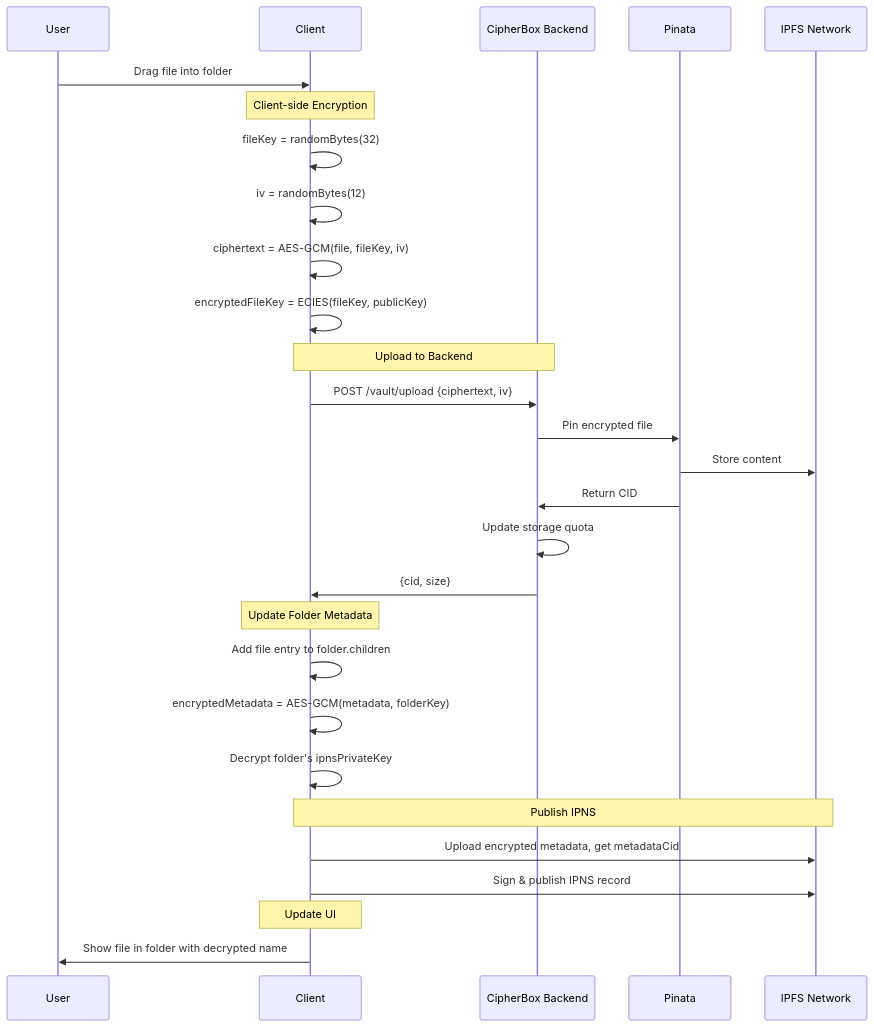
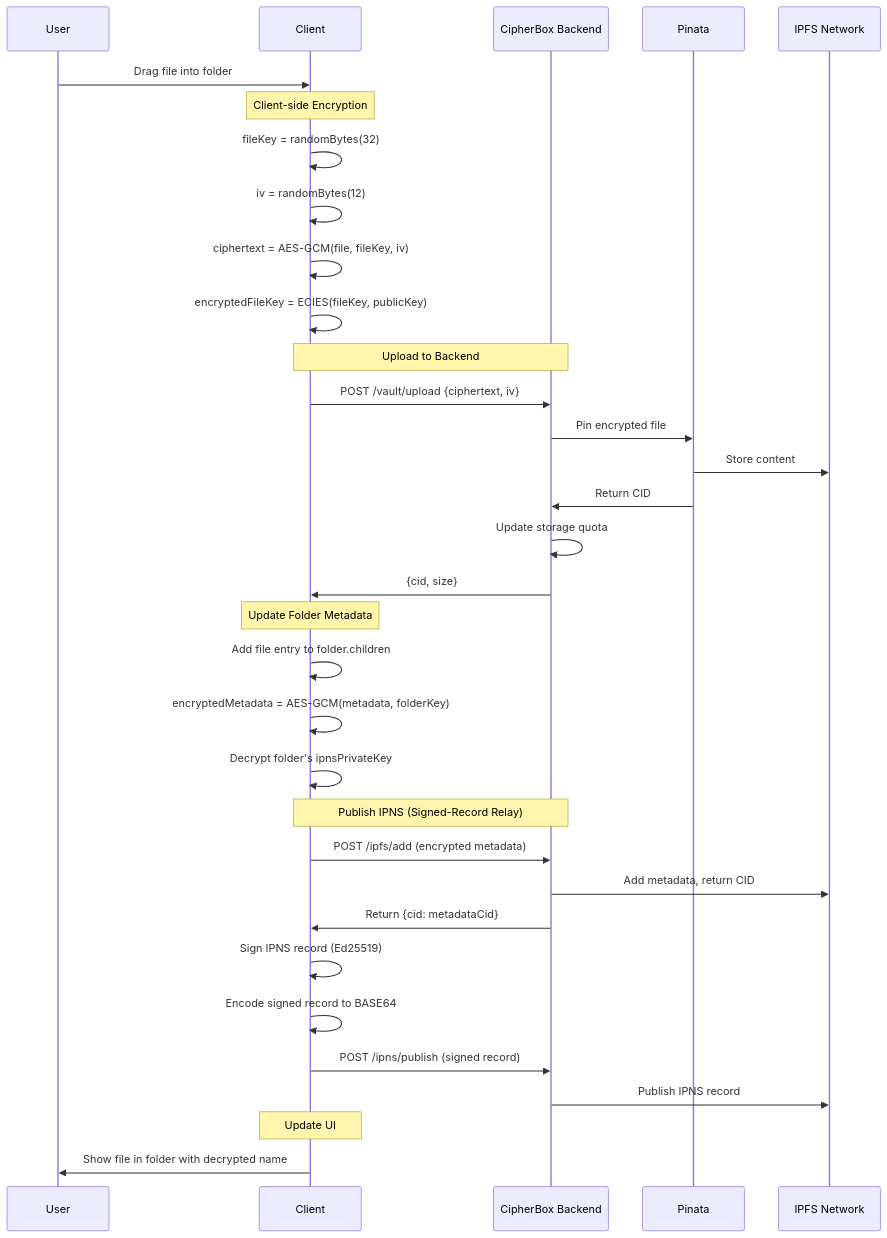
One commit to FSM1/cipher-box changed the fourth of 14 diagrams in Documentation/DATA_FLOWS.md. Above: the diagram before and after it, drawn with Mermaid. The commit also changed other lines of this file and 8 other files, not shown here.

First line of the commit message:
Add IPFS/IPNS relay endpoint details (#4)

````diff
--- a/Documentation/DATA_FLOWS.md
+++ b/Documentation/DATA_FLOWS.md
@@ -137,36 +137,41 @@
 ```mermaid
 sequenceDiagram
     participant U as User
     participant C as Client
     participant B as CipherBox Backend
     participant P as Pinata
     participant IPFS as IPFS Network
     
     U->>C: Drag file into folder
     
     Note over C: Client-side Encryption
     C->>C: fileKey = randomBytes(32)
     C->>C: iv = randomBytes(12)
     C->>C: ciphertext = AES-GCM(file, fileKey, iv)
     C->>C: encryptedFileKey = ECIES(fileKey, publicKey)
     
     Note over C,B: Upload to Backend
     C->>B: POST /vault/upload {ciphertext, iv}
     B->>P: Pin encrypted file
     P->>IPFS: Store content
     P->>B: Return CID
     B->>B: Update storage quota
     B->>C: {cid, size}
     
     Note over C: Update Folder Metadata
     C->>C: Add file entry to folder.children
     C->>C: encryptedMetadata = AES-GCM(metadata, folderKey)
     C->>C: Decrypt folder's ipnsPrivateKey
     
-    Note over C,IPFS: Publish IPNS
-    C->>IPFS: Upload encrypted metadata, get metadataCid
-    C->>IPFS: Sign & publish IPNS record
+    Note over C,B: Publish IPNS (Signed-Record Relay)
+    C->>B: POST /ipfs/add (encrypted metadata)
+    B->>IPFS: Add metadata, return CID
+    B->>C: Return {cid: metadataCid}
+    C->>C: Sign IPNS record (Ed25519)
+    C->>C: Encode signed record to BASE64
+    C->>B: POST /ipns/publish (signed record)
+    B->>IPFS: Publish IPNS record
     
     Note over C: Update UI
     C->>U: Show file in folder with decrypted name
 ```
````
